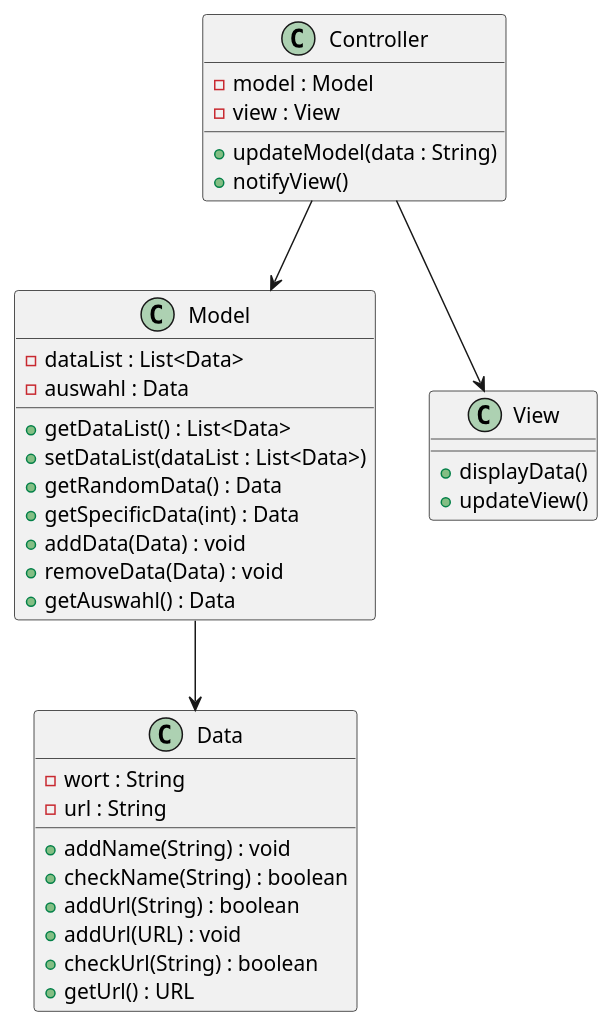
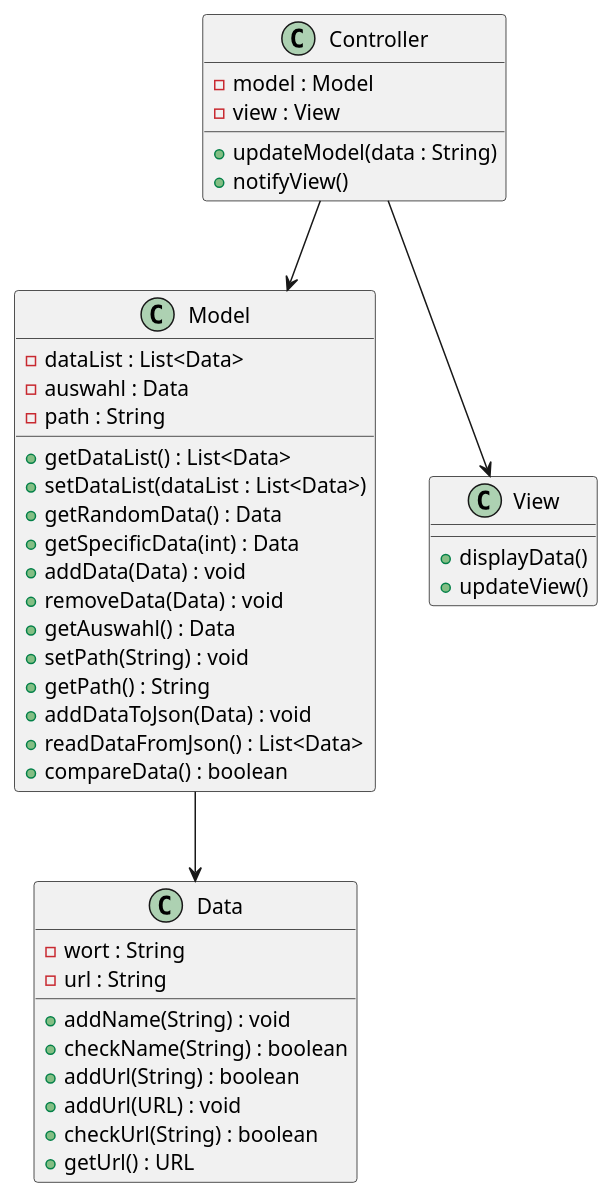
The diagram in worttrainer-reloaded.puml (TGM-HIT/sew9-2425-worttrainer-kbau3r), drawn with PlantUML before and after one commit. The commit also changed 26 other files, not shown here.

Commit message:
Model UML finished

```diff
--- a/worttrainer-reloaded.puml
+++ b/worttrainer-reloaded.puml
@@ -1,43 +1,49 @@
 @startuml
 'title: Worttrainer Reloaded - kbauer'
 
 class Model {
   -dataList : List<Data>
   -auswahl : Data
+  -path : String
   +getDataList() : List<Data>
   +setDataList(dataList : List<Data>)
   +getRandomData() : Data
   +getSpecificData(int) : Data
   +addData(Data) : void
   +removeData(Data) : void
   +getAuswahl() : Data
+  +setPath(String) : void
+  +getPath() : String
+  +addDataToJson(Data) : void
+  +readDataFromJson() : List<Data>
+  +compareData() : boolean
 }
 
 class Data {
   -wort : String
   -url : String
   +addName(String) : void
   +checkName(String) : boolean
   +addUrl(String) : boolean
   +addUrl(URL) : void
   +checkUrl(String) : boolean
   +getUrl() : URL
 }
 
 class View {
   +displayData()
   +updateView()
 }
 
 class Controller {
   -model : Model
   -view : View
   +updateModel(data : String)
   +notifyView()
 }
 
 Controller --> Model
 Controller --> View
 Model --> Data
 
 @enduml
```
